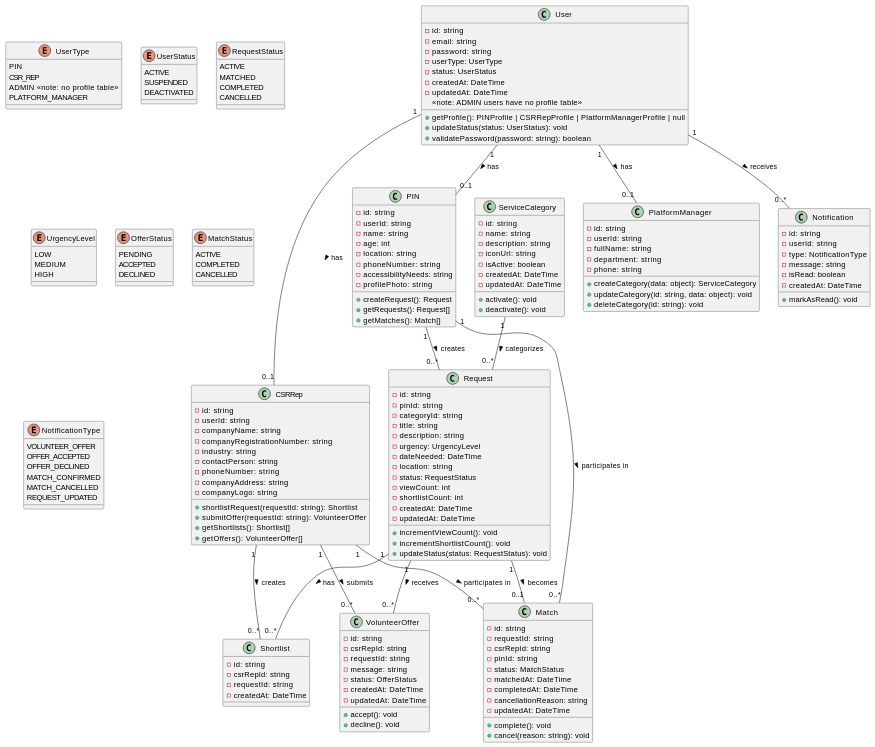
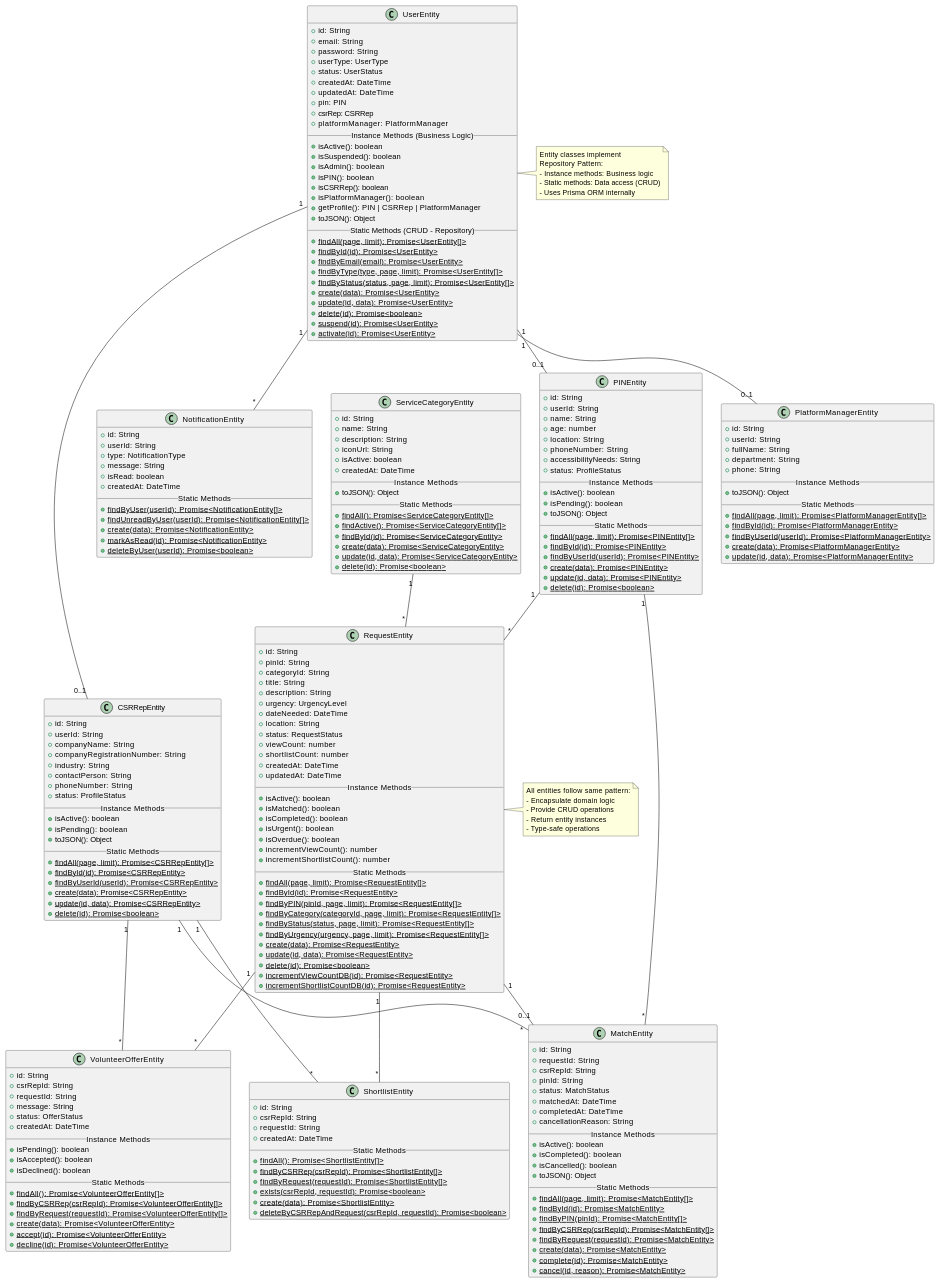
The second of 3 diagrams in CLASS_DIAGRAMS.md (MatthewGohyy/CSR-Volunteer-Matching-System), drawn with PlantUML before and after one commit. The commit also changed other lines of this file and 8 other files, not shown here.

````diff
--- a/CLASS_DIAGRAMS.md
+++ b/CLASS_DIAGRAMS.md
@@ -161,202 +159,260 @@
 ```plantuml
-@startuml Entity_Layer
+@startuml Entity_Classes
 
-' Enums
-enum UserType {
-  PIN
-  CSR_REP
-  ADMIN <<note: no profile table>>
-  PLATFORM_MANAGER
+class UserEntity {
+  +id: String
+  +email: String
+  +password: String
+  +userType: UserType
+  +status: UserStatus
+  +createdAt: DateTime
+  +updatedAt: DateTime
+  +pin: PIN
+  +csrRep: CSRRep
+  +platformManager: PlatformManager
+  __Instance Methods (Business Logic)__
+  +isActive(): boolean
+  +isSuspended(): boolean
+  +isAdmin(): boolean
+  +isPIN(): boolean
+  +isCSRRep(): boolean
+  +isPlatformManager(): boolean
+  +getProfile(): PIN | CSRRep | PlatformManager
+  +toJSON(): Object
+  __Static Methods (CRUD - Repository)__
+  +{static} findAll(page, limit): Promise<UserEntity[]>
+  +{static} findById(id): Promise<UserEntity>
+  +{static} findByEmail(email): Promise<UserEntity>
+  +{static} findByType(type, page, limit): Promise<UserEntity[]>
+  +{static} findByStatus(status, page, limit): Promise<UserEntity[]>
+  +{static} create(data): Promise<UserEntity>
+  +{static} update(id, data): Promise<UserEntity>
+  +{static} delete(id): Promise<boolean>
+  +{static} suspend(id): Promise<UserEntity>
+  +{static} activate(id): Promise<UserEntity>
 }
 
-enum UserStatus {
-  ACTIVE
-  SUSPENDED
-  DEACTIVATED
+class RequestEntity {
+  +id: String
+  +pinId: String
+  +categoryId: String
+  +title: String
+  +description: String
+  +urgency: UrgencyLevel
+  +dateNeeded: DateTime
+  +location: String
+  +status: RequestStatus
+  +viewCount: number
+  +shortlistCount: number
+  +createdAt: DateTime
+  +updatedAt: DateTime
+  __Instance Methods__
+  +isActive(): boolean
+  +isMatched(): boolean
+  +isCompleted(): boolean
+  +isUrgent(): boolean
+  +isOverdue(): boolean
+  +incrementViewCount(): number
+  +incrementShortlistCount(): number
+  __Static Methods__
+  +{static} findAll(page, limit): Promise<RequestEntity[]>
+  +{static} findById(id): Promise<RequestEntity>
+  +{static} findByPIN(pinId, page, limit): Promise<RequestEntity[]>
+  +{static} findByCategory(categoryId, page, limit): Promise<RequestEntity[]>
+  +{static} findByStatus(status, page, limit): Promise<RequestEntity[]>
+  +{static} findByUrgency(urgency, page, limit): Promise<RequestEntity[]>
+  +{static} create(data): Promise<RequestEntity>
+  +{static} update(id, data): Promise<RequestEntity>
+  +{static} delete(id): Promise<boolean>
+  +{static} incrementViewCountDB(id): Promise<RequestEntity>
+  +{static} incrementShortlistCountDB(id): Promise<RequestEntity>
 }
 
-enum RequestStatus {
-  ACTIVE
-  MATCHED
-  COMPLETED
-  CANCELLED
+class PINEntity {
+  +id: String
+  +userId: String
+  +name: String
+  +age: number
+  +location: String
+  +phoneNumber: String
+  +accessibilityNeeds: String
+  +status: ProfileStatus
+  __Instance Methods__
+  +isActive(): boolean
+  +isPending(): boolean
+  +toJSON(): Object
+  __Static Methods__
+  +{static} findAll(page, limit): Promise<PINEntity[]>
+  +{static} findById(id): Promise<PINEntity>
+  +{static} findByUserId(userId): Promise<PINEntity>
+  +{static} create(data): Promise<PINEntity>
+  +{static} update(id, data): Promise<PINEntity>
+  +{static} delete(id): Promise<boolean>
 }
 
-enum UrgencyLevel {
-  LOW
-  MEDIUM
-  HIGH
+class CSRRepEntity {
+  +id: String
+  +userId: String
+  +companyName: String
+  +companyRegistrationNumber: String
+  +industry: String
+  +contactPerson: String
+  +phoneNumber: String
+  +status: ProfileStatus
+  __Instance Methods__
+  +isActive(): boolean
+  +isPending(): boolean
+  +toJSON(): Object
+  __Static Methods__
+  +{static} findAll(page, limit): Promise<CSRRepEntity[]>
+  +{static} findById(id): Promise<CSRRepEntity>
+  +{static} findByUserId(userId): Promise<CSRRepEntity>
+  +{static} create(data): Promise<CSRRepEntity>
+  +{static} update(id, data): Promise<CSRRepEntity>
+  +{static} delete(id): Promise<boolean>
 }
 
-enum OfferStatus {
-  PENDING
-  ACCEPTED
-  DECLINED
+class PlatformManagerEntity {
+  +id: String
+  +userId: String
+  +fullName: String
+  +department: String
+  +phone: String
+  __Instance Methods__
+  +toJSON(): Object
+  __Static Methods__
+  +{static} findAll(page, limit): Promise<PlatformManagerEntity[]>
+  +{static} findById(id): Promise<PlatformManagerEntity>
+  +{static} findByUserId(userId): Promise<PlatformManagerEntity>
+  +{static} create(data): Promise<PlatformManagerEntity>
+  +{static} update(id, data): Promise<PlatformManagerEntity>
 }
 
-enum MatchStatus {
-  ACTIVE
-  COMPLETED
-  CANCELLED
+class MatchEntity {
+  +id: String
+  +requestId: String
+  +csrRepId: String
+  +pinId: String
+  +status: MatchStatus
+  +matchedAt: DateTime
+  +completedAt: DateTime
+  +cancellationReason: String
+  __Instance Methods__
+  +isActive(): boolean
+  +isCompleted(): boolean
+  +isCancelled(): boolean
+  +toJSON(): Object
+  __Static Methods__
+  +{static} findAll(page, limit): Promise<MatchEntity[]>
+  +{static} findById(id): Promise<MatchEntity>
+  +{static} findByPIN(pinId): Promise<MatchEntity[]>
+  +{static} findByCSRRep(csrRepId): Promise<MatchEntity[]>
+  +{static} findByRequest(requestId): Promise<MatchEntity>
+  +{static} create(data): Promise<MatchEntity>
+  +{static} complete(id): Promise<MatchEntity>
+  +{static} cancel(id, reason): Promise<MatchEntity>
 }
 
-enum NotificationType {
-  VOLUNTEER_OFFER
-  OFFER_ACCEPTED
-  OFFER_DECLINED
-  MATCH_CONFIRMED
-  MATCH_CANCELLED
-  REQUEST_UPDATED
+class ServiceCategoryEntity {
+  +id: String
+  +name: String
+  +description: String
+  +iconUrl: String
+  +isActive: boolean
+  +createdAt: DateTime
+  __Instance Methods__
+  +toJSON(): Object
+  __Static Methods__
+  +{static} findAll(): Promise<ServiceCategoryEntity[]>
+  +{static} findActive(): Promise<ServiceCategoryEntity[]>
+  +{static} findById(id): Promise<ServiceCategoryEntity>
+  +{static} create(data): Promise<ServiceCategoryEntity>
+  +{static} update(id, data): Promise<ServiceCategoryEntity>
+  +{static} delete(id): Promise<boolean>
 }
 
-' Core Entity Classes
-class User {
-  - id: string
-  - email: string
-  - password: string
-  - userType: UserType
-  - status: UserStatus
-  - createdAt: DateTime
-  - updatedAt: DateTime
-  <<note: ADMIN users have no profile table>>
-  + getProfile(): PINProfile | CSRRepProfile | PlatformManagerProfile | null
-  + updateStatus(status: UserStatus): void
-  + validatePassword(password: string): boolean
+class ShortlistEntity {
+  +id: String
+  +csrRepId: String
+  +requestId: String
+  +createdAt: DateTime
+  __Static Methods__
+  +{static} findAll(): Promise<ShortlistEntity[]>
+  +{static} findByCSRRep(csrRepId): Promise<ShortlistEntity[]>
+  +{static} findByRequest(requestId): Promise<ShortlistEntity[]>
+  +{static} exists(csrRepId, requestId): Promise<boolean>
+  +{static} create(data): Promise<ShortlistEntity>
+  +{static} deleteByCSRRepAndRequest(csrRepId, requestId): Promise<boolean>
 }
 
-class PIN {
-  - id: string
-  - userId: string
-  - name: string
-  - age: int
-  - location: string
-  - phoneNumber: string
-  - accessibilityNeeds: string
-  - profilePhoto: string
-  + createRequest(): Request
-  + getRequests(): Request[]
-  + getMatches(): Match[]
+class VolunteerOfferEntity {
+  +id: String
+  +csrRepId: String
+  +requestId: String
+  +message: String
+  +status: OfferStatus
+  +createdAt: DateTime
+  __Instance Methods__
+  +isPending(): boolean
+  +isAccepted(): boolean
+  +isDeclined(): boolean
+  __Static Methods__
+  +{static} findAll(): Promise<VolunteerOfferEntity[]>
+  +{static} findByCSRRep(csrRepId): Promise<VolunteerOfferEntity[]>
+  +{static} findByRequest(requestId): Promise<VolunteerOfferEntity[]>
+  +{static} create(data): Promise<VolunteerOfferEntity>
+  +{static} accept(id): Promise<VolunteerOfferEntity>
+  +{static} decline(id): Promise<VolunteerOfferEntity>
 }
 
-class CSRRep {
-  - id: string
-  - userId: string
-  - companyName: string
-  - companyRegistrationNumber: string
-  - industry: string
-  - contactPerson: string
-  - phoneNumber: string
-  - companyAddress: string
-  - companyLogo: string
-  + shortlistRequest(requestId: string): Shortlist
-  + submitOffer(requestId: string): VolunteerOffer
-  + getShortlists(): Shortlist[]
-  + getOffers(): VolunteerOffer[]
+class NotificationEntity {
+  +id: String
+  +userId: String
+  +type: NotificationType
+  +message: String
+  +isRead: boolean
+  +createdAt: DateTime
+  __Static Methods__
+  +{static} findByUser(userId): Promise<NotificationEntity[]>
+  +{static} findUnreadByUser(userId): Promise<NotificationEntity[]>
+  +{static} create(data): Promise<NotificationEntity>
+  +{static} markAsRead(id): Promise<NotificationEntity>
+  +{static} deleteByUser(userId): Promise<boolean>
 }
 
-class PlatformManager {
-  - id: string
-  - userId: string
-  - fullName: string
-  - department: string
-  - phone: string
-  + createCategory(data: object): ServiceCategory
-  + updateCategory(id: string, data: object): void
-  + deleteCategory(id: string): void
-}
+UserEntity "1" -- "0..1" PINEntity
+UserEntity "1" -- "0..1" CSRRepEntity
+UserEntity "1" -- "0..1" PlatformManagerEntity
+UserEntity "1" -- "*" NotificationEntity
 
-class ServiceCategory {
-  - id: string
-  - name: string
-  - description: string
-  - iconUrl: string
-  - isActive: boolean
-  - createdAt: DateTime
-  - updatedAt: DateTime
-  + activate(): void
-  + deactivate(): void
-}
+PINEntity "1" -- "*" RequestEntity
+PINEntity "1" -- "*" MatchEntity
 
-class Request {
-  - id: string
-  - pinId: string
-  - categoryId: string
-  - title: string
-  - description: string
-  - urgency: UrgencyLevel
-  - dateNeeded: DateTime
-  - location: string
-  - status: RequestStatus
-  - viewCount: int
-  - shortlistCount: int
-  - createdAt: DateTime
-  - updatedAt: DateTime
-  + incrementViewCount(): void
-  + incrementShortlistCount(): void
-  + updateStatus(status: RequestStatus): void
-}
+CSRRepEntity "1" -- "*" ShortlistEntity
+CSRRepEntity "1" -- "*" VolunteerOfferEntity
+CSRRepEntity "1" -- "*" MatchEntity
 
-class Shortlist {
-  - id: string
-  - csrRepId: string
-  - requestId: string
-  - createdAt: DateTime
-}
+ServiceCategoryEntity "1" -- "*" RequestEntity
 
-class VolunteerOffer {
-  - id: string
-  - csrRepId: string
-  - requestId: string
-  - message: string
-  - status: OfferStatus
-  - createdAt: DateTime
-  - updatedAt: DateTime
-  + accept(): void
-  + decline(): void
-}
+RequestEntity "1" -- "*" ShortlistEntity
+RequestEntity "1" -- "*" VolunteerOfferEntity
+RequestEntity "1" -- "0..1" MatchEntity
 
-class Match {
-  - id: string
-  - requestId: string
-  - csrRepId: string
-  - pinId: string
-  - status: MatchStatus
-  - matchedAt: DateTime
-  - completedAt: DateTime
-  - cancellationReason: string
-  - updatedAt: DateTime
-  + complete(): void
-  + cancel(reason: string): void
-}
+note right of UserEntity
+  Entity classes implement
+  Repository Pattern:
+  - Instance methods: Business logic
+  - Static methods: Data access (CRUD)
+  - Uses Prisma ORM internally
+end note
 
-class Notification {
-  - id: string
-  - userId: string
-  - type: NotificationType
-  - message: string
-  - isRead: boolean
-  - createdAt: DateTime
-  + markAsRead(): void
-}
-
-' Relationships
-User "1" -- "0..1" PIN : has >
-User "1" -- "0..1" CSRRep : has >
-User "1" -- "0..1" PlatformManager : has >
-User "1" -- "0..*" Notification : receives >
-
-PIN "1" -- "0..*" Request : creates >
-PIN "1" -- "0..*" Match : participates in >
-
-CSRRep "1" -- "0..*" Shortlist : creates >
-CSRRep "1" -- "0..*" VolunteerOffer : submits >
-CSRRep "1" -- "0..*" Match : participates in >
-
-ServiceCategory "1" -- "0..*" Request : categorizes >
-
-Request "1" -- "0..*" Shortlist : has >
-Request "1" -- "0..*" VolunteerOffer : receives >
-Request "1" -- "0..1" Match : becomes >
+note right of RequestEntity
+  All entities follow same pattern:
+  - Encapsulate domain logic
+  - Provide CRUD operations
+  - Return entity instances
+  - Type-safe operations
+end note
 
 @enduml
 ```
````
